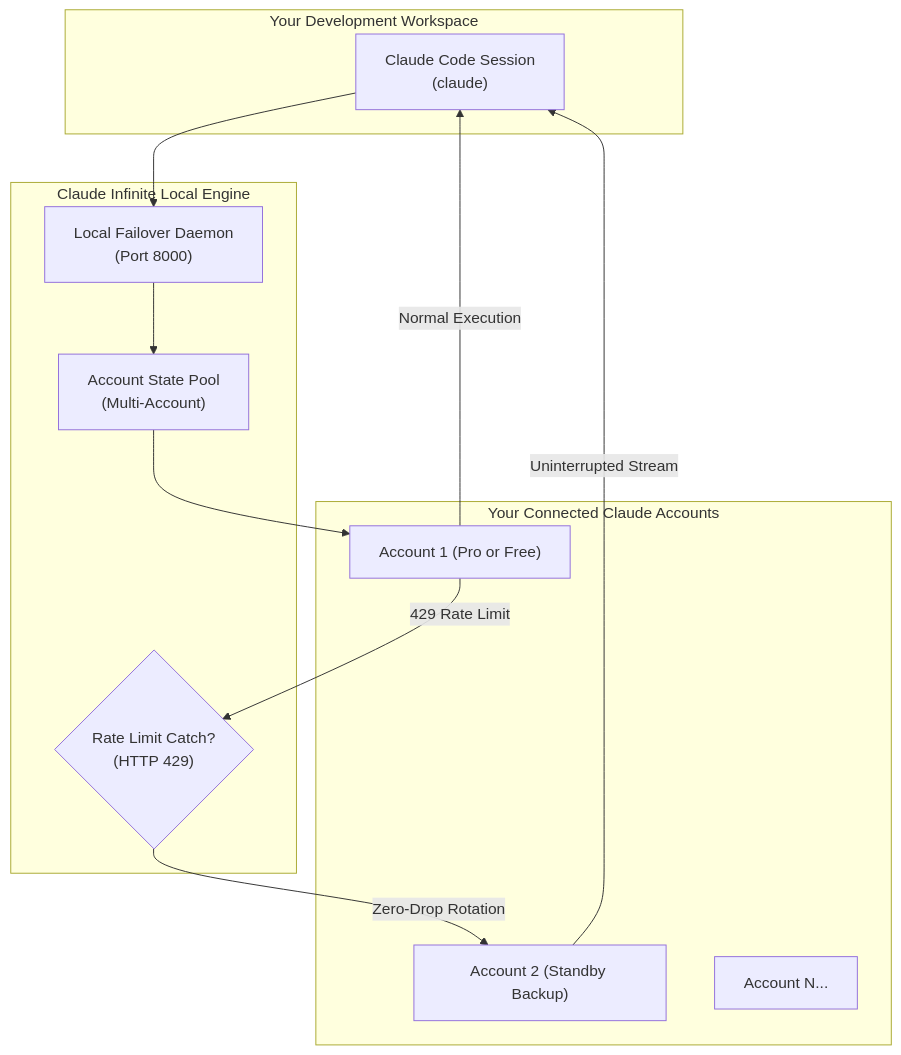
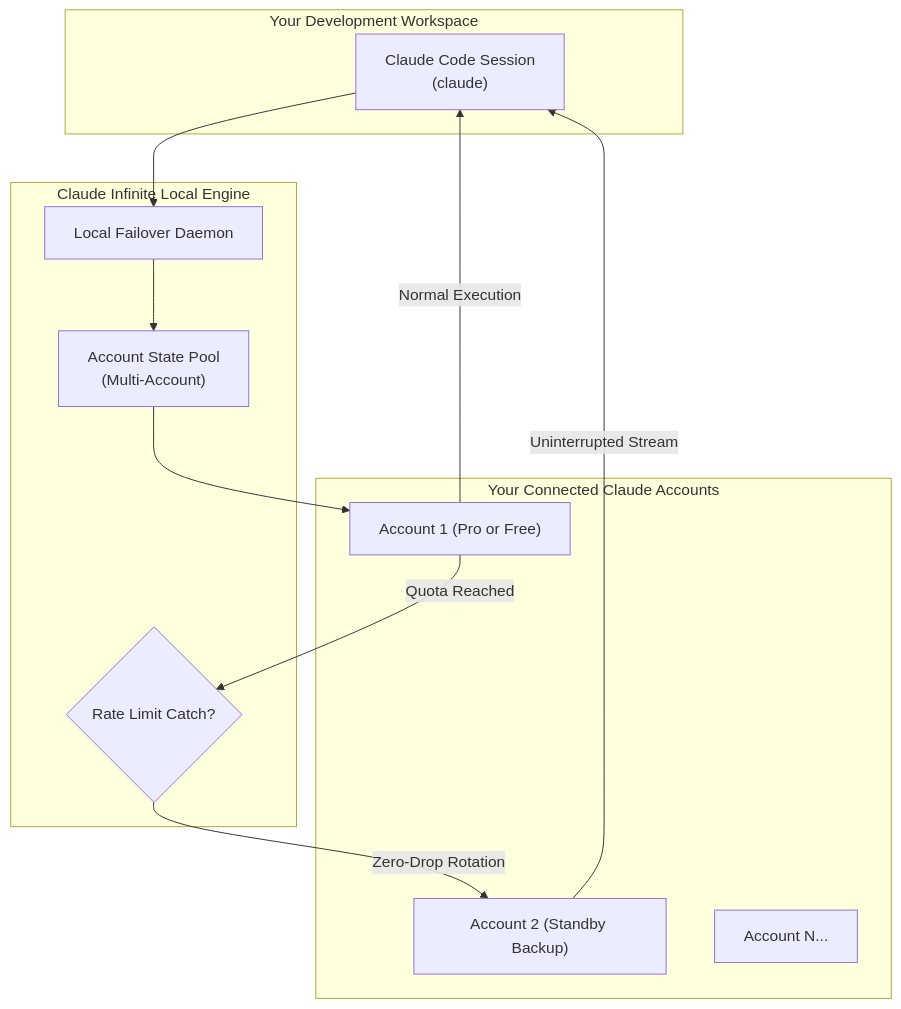
The diagram in README.md (Daniyalzahid9/claude-infinite), drawn with Mermaid before and after one commit. The commit also changed other lines of this file and 1 other file, not shown here.

Commit message:
Remove FAQ, scrub technical HTTP leaks, and clean up compatibility notice

````diff
--- a/README.md
+++ b/README.md
@@ -74,26 +64,26 @@
 ```mermaid
 flowchart TD
     subgraph Client["Your Development Workspace"]
         CLI["Claude Code Session\n(claude)"]
     end
 
     subgraph Hub["Claude Infinite Local Engine"]
-        BRIDGE["Local Failover Daemon\n(Port 8000)"]
-        ROUTER{"Rate Limit Catch?\n(HTTP 429)"}
+        BRIDGE["Local Failover Daemon"]
+        ROUTER{"Rate Limit Catch?"}
         POOL["Account State Pool\n(Multi-Account)"]
     end
 
     subgraph Accounts["Your Connected Claude Accounts"]
         ACC1["Account 1 (Pro or Free)"]
         ACC2["Account 2 (Standby Backup)"]
         ACCN["Account N..."]
     end
 
     CLI --> BRIDGE
     BRIDGE --> POOL
     POOL --> ACC1
     ACC1 -->|Normal Execution| CLI
-    ACC1 -->|429 Rate Limit| ROUTER
+    ACC1 -->|Quota Reached| ROUTER
     ROUTER -->|Zero-Drop Rotation| ACC2
     ACC2 -->|Uninterrupted Stream| CLI
 ```
````
